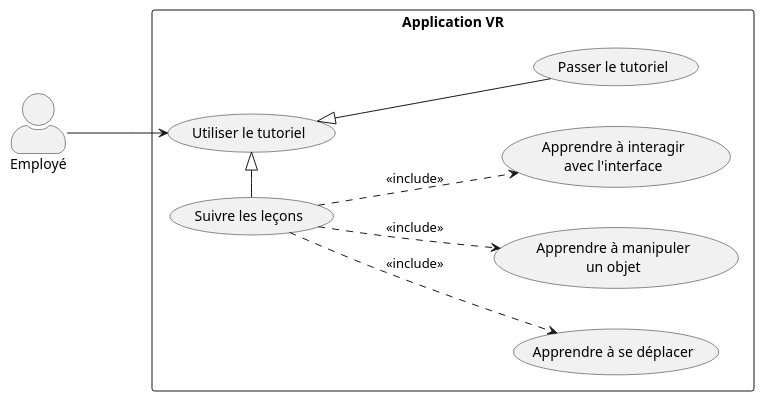
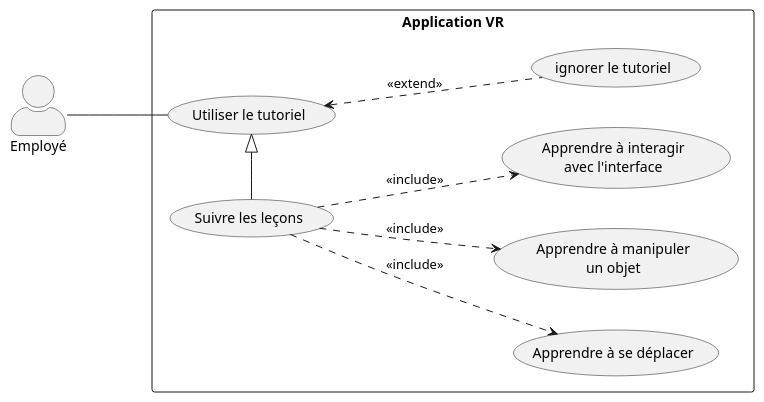
The diagram in PUML/uc_tutoriel.puml (sayenjabo/TynassIt_PFE), drawn with PlantUML before and after one commit. The commit also changed 68 other files, not shown here.

```diff
--- a/PUML/uc_tutoriel.puml
+++ b/PUML/uc_tutoriel.puml
@@ -1,35 +1,35 @@
 @startuml UC_Tutoriel
 
 
 left to right direction
 skinparam shadowing false
 skinparam defaultFontName Helvetica
 skinparam actorStyle awesome
 skinparam packageStyle rectangle
 skinparam nodesep 40
 skinparam ranksep 100
 
 actor "Employé" as Employe
 
 rectangle "Application VR" {
 
     usecase "Utiliser le tutoriel" as UC0
 
     usecase "Suivre les leçons" as UC1
-    usecase "Passer le tutoriel" as UC2
+    usecase "ignorer le tutoriel" as UC2
 
     usecase "Apprendre à se déplacer" as UC3
     usecase "Apprendre à manipuler\nun objet" as UC4
     usecase "Apprendre à interagir\navec l'interface" as UC5
 }
 
-Employe --> UC0
+Employe -- UC0
 
 UC1 -|> UC0
-UC2 -up-|> UC0
+UC2 .up.> UC0 : <<extend>>
 
 UC1 ..> UC3 : <<include>>
 UC1 ..> UC4 : <<include>>
 UC1 ..> UC5 : <<include>>
 
 @enduml
```
